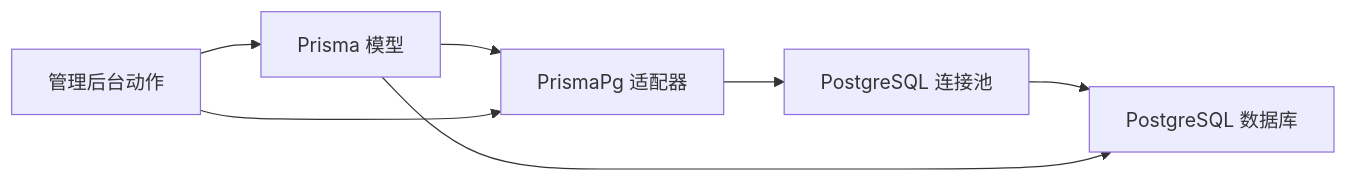
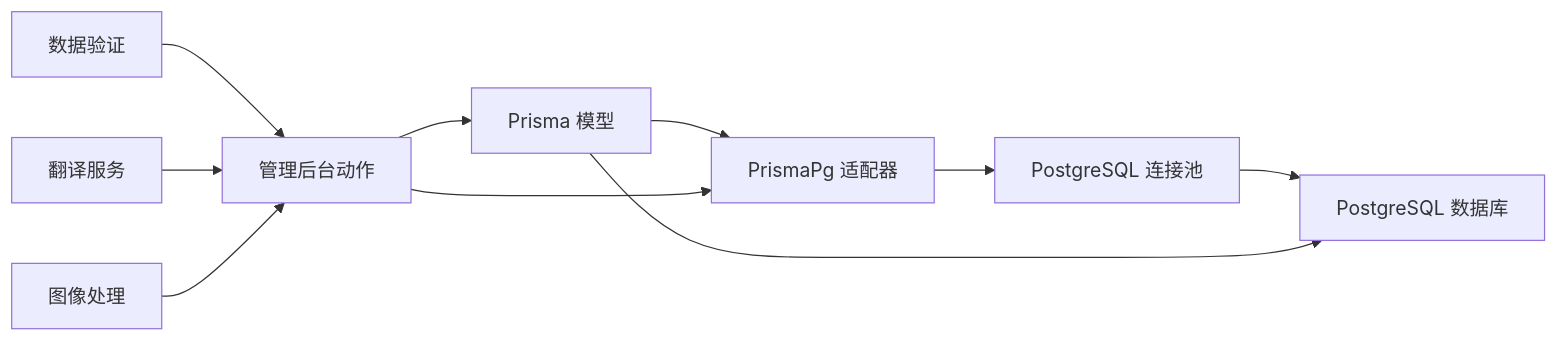
Before and after one commit to three3638-arch/celestia_2b: the seventh of 7 diagrams in .qoder/repowiki/zh/content/管理后台系统/商品管理系统/商品管理系统.md, drawn with Mermaid. The commit also changed other lines of this file and 4 other files, not shown here.

````diff
--- a/.qoder/repowiki/zh/content/管理后台系统/商品管理系统/商品管理系统.md
+++ b/.qoder/repowiki/zh/content/管理后台系统/商品管理系统/商品管理系统.md
@@ -284,9 +382,12 @@
 ```mermaid
 graph LR
 PrismaAdapter["PrismaPg 适配器"] --> PGPool["PostgreSQL 连接池"]
 PGPool --> DB["PostgreSQL 数据库"]
 Models["Prisma 模型"] --> PrismaAdapter
 Models --> DB
 AdminActions["管理后台动作"] --> Models
 AdminActions --> PrismaAdapter
+Validation["数据验证"] --> AdminActions
+Translation["翻译服务"] --> AdminActions
+ImageService["图像处理"] --> AdminActions
 ```
````
